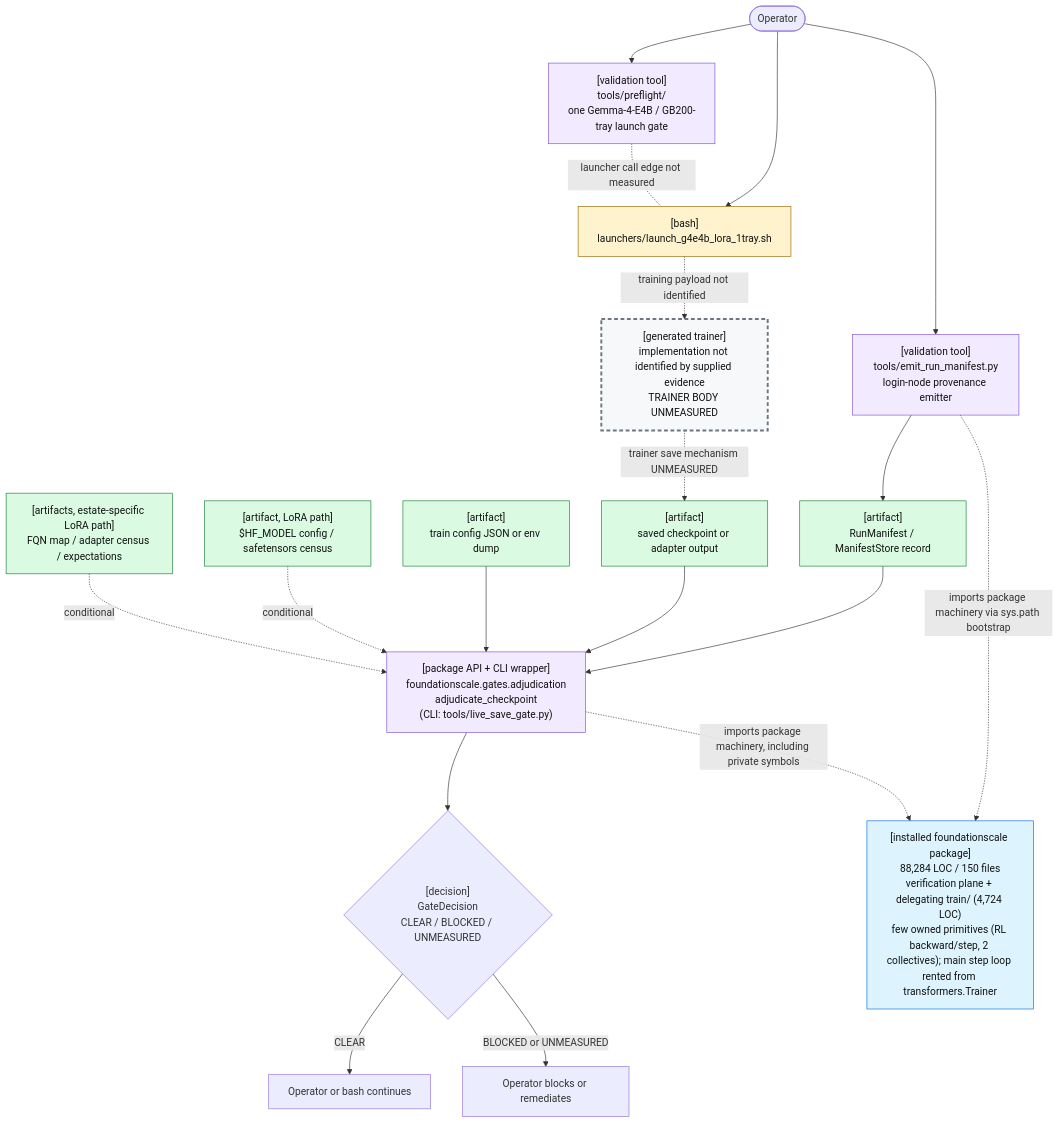
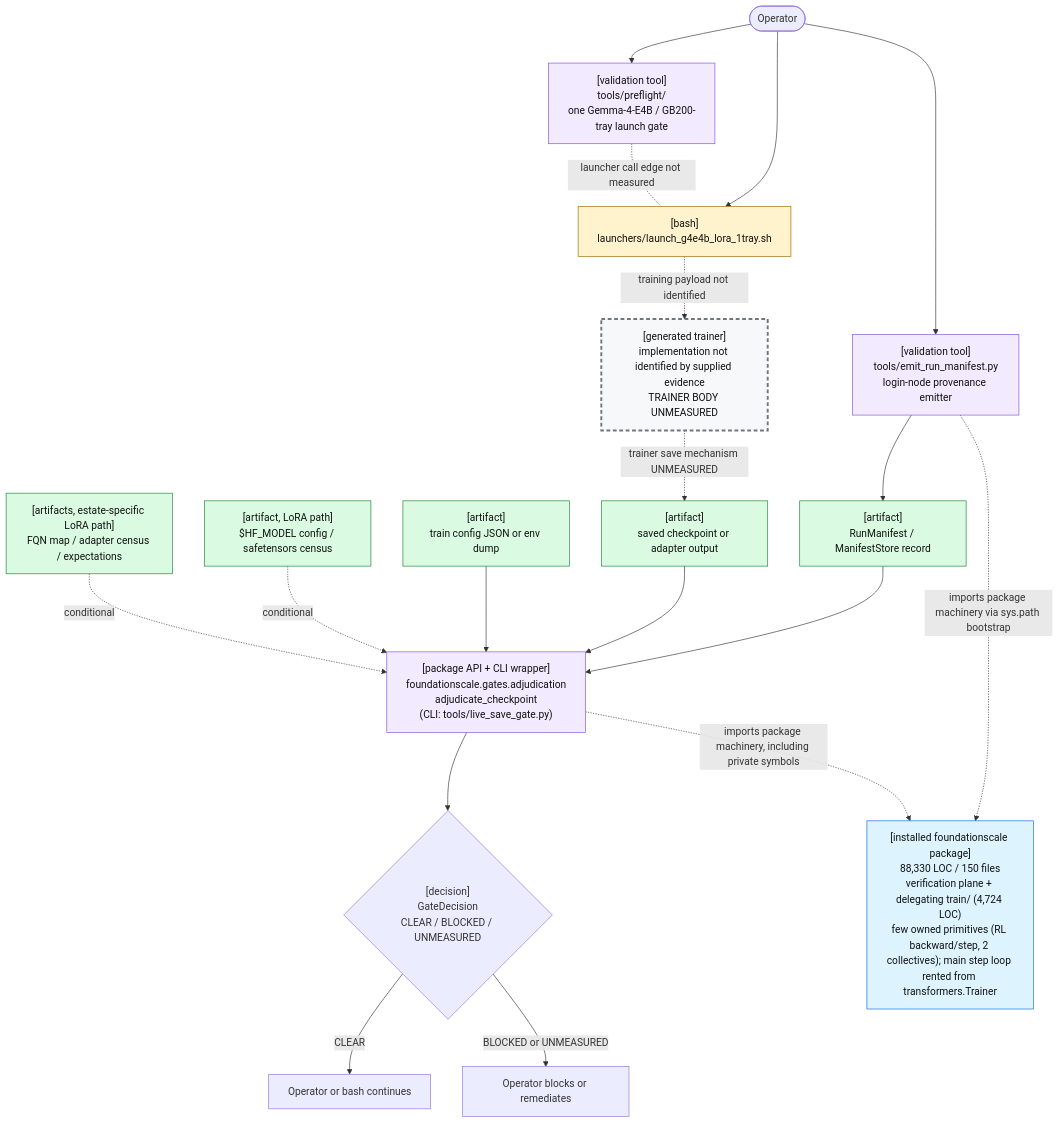
The first of 2 diagrams in docs/review/D2_current_architecture.md (TranNhiem/FoundationScale), drawn with Mermaid before and after one commit. The commit also changed other lines of this file and 14 other files, not shown here.

Commit message:
upstream: VLA lanes get recorded profiles (gr00t-n17, openpi-215abfb) for main's per-step profile field

````diff
--- a/docs/review/D2_current_architecture.md
+++ b/docs/review/D2_current_architecture.md
@@ -25,59 +25,59 @@
 ```mermaid
 flowchart TB
   O(["Operator"])
 
   PF["[validation tool]<br/>tools/preflight/<br/>one Gemma-4-E4B / GB200-tray launch gate"]
   L["[bash]<br/>launchers/launch_g4e4b_lora_1tray.sh"]
 
   E["[validation tool]<br/>tools/emit_run_manifest.py<br/>login-node provenance emitter"]
   M["[artifact]<br/>RunManifest / ManifestStore record"]
 
   T["[generated trainer]<br/>implementation not identified by supplied evidence<br/>TRAINER BODY UNMEASURED"]
   C["[artifact]<br/>saved checkpoint or adapter output"]
 
   G["[package API + CLI wrapper]<br/>foundationscale.gates.adjudication<br/>adjudicate_checkpoint<br/>(CLI: tools/live_save_gate.py)"]
   CFG["[artifact]<br/>train config JSON or env dump"]
   BASE["[artifact, LoRA path]<br/>$HF_MODEL config / safetensors census"]
   CEN["[artifacts, estate-specific LoRA path]<br/>FQN map / adapter census / expectations"]
 
   D{"[decision]<br/>GateDecision<br/>CLEAR / BLOCKED / UNMEASURED"}
   OK["Operator or bash continues"]
   NO["Operator blocks or remediates"]
 
-  PKG["[installed foundationscale package]<br/>88,284 LOC / 150 files<br/>verification plane + delegating train/ (4,724 LOC)<br/>few owned primitives (RL backward/step, 2 collectives); main step loop rented from transformers.Trainer"]
+  PKG["[installed foundationscale package]<br/>88,330 LOC / 150 files<br/>verification plane + delegating train/ (4,724 LOC)<br/>few owned primitives (RL backward/step, 2 collectives); main step loop rented from transformers.Trainer"]
 
   O --> PF
   O --> L
   PF -. "launcher call edge not measured" .- L
 
   O --> E
   E --> M
 
   L -. "training payload not identified" .-> T
   T -. "trainer save mechanism UNMEASURED" .-> C
 
   M --> G
   C --> G
   CFG --> G
   BASE -. "conditional" .-> G
   CEN -. "conditional" .-> G
 
   E -. "imports package machinery via sys.path bootstrap" .-> PKG
   G -. "imports package machinery, including private symbols" .-> PKG
 
   G --> D
   D -->|"CLEAR"| OK
   D -->|"BLOCKED or UNMEASURED"| NO
 
   classDef bash fill:#fff3cd,stroke:#9a6700,color:#111;
   classDef tool fill:#f2eaff,stroke:#8250df,color:#111;
   classDef artifact fill:#dafbe1,stroke:#1a7f37,color:#111;
   classDef gap fill:#f6f8fa,stroke:#6e7781,stroke-width:3px,stroke-dasharray: 6 4,color:#111;
   classDef pkg fill:#ddf4ff,stroke:#0969da,color:#111;
 
   class L bash;
   class PF,E,G tool;
   class M,C,CFG,BASE,CEN artifact;
   class T gap;
   class PKG pkg;
 ```
````
